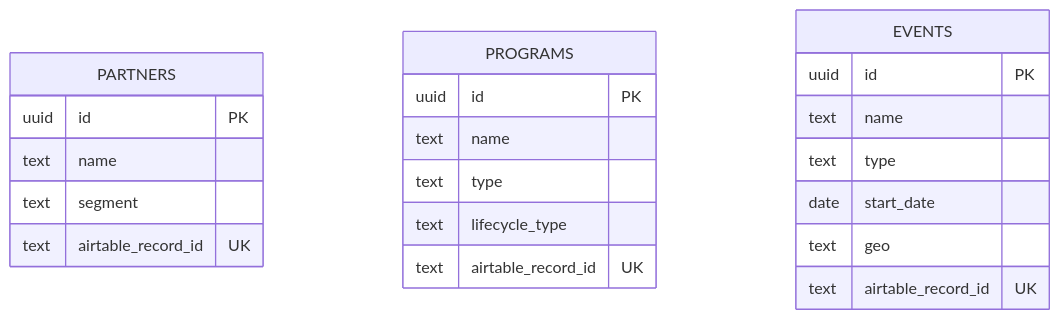
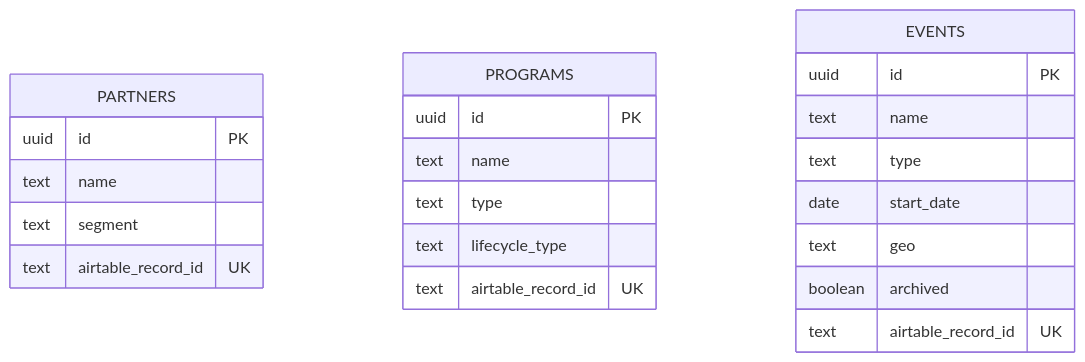
One commit to zingozingo/roadrunner changed the second of 5 diagrams in docs/entity-model.md. Above: the diagram before and after it, drawn with Mermaid. The commit also changed other lines of this file and 15 other files, not shown here.

````diff
--- a/docs/entity-model.md
+++ b/docs/entity-model.md
@@ -67,24 +67,25 @@
 ```mermaid
 erDiagram
     PARTNERS {
         uuid id PK
         text name
         text segment
         text airtable_record_id UK
     }
     PROGRAMS {
         uuid id PK
         text name
         text type
         text lifecycle_type
         text airtable_record_id UK
     }
     EVENTS {
         uuid id PK
         text name
         text type
         date start_date
         text geo
+        boolean archived
         text airtable_record_id UK
     }
 ```
````
